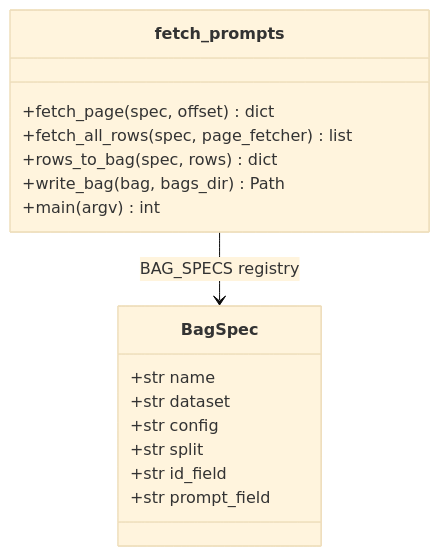
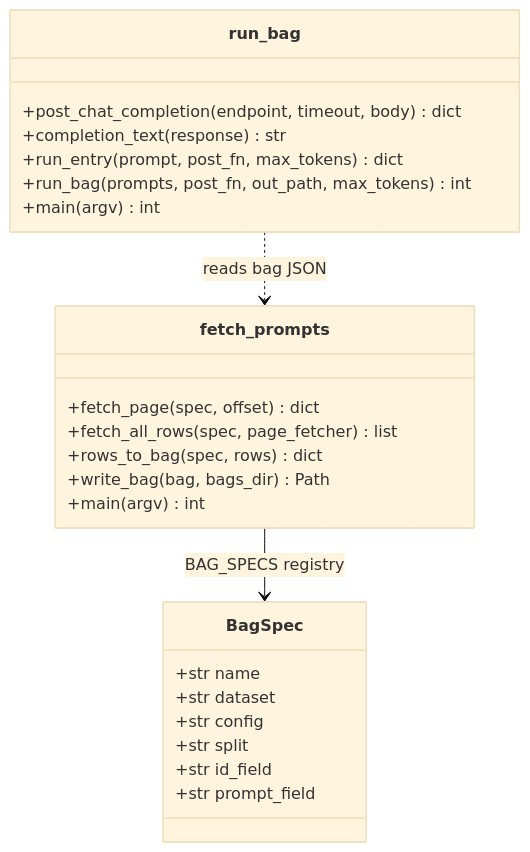
The second of 2 diagrams in prompt_eval/README.md (smartyalgo/logit-sampler), drawn with Mermaid (base theme) before and after one commit. The commit also changed other lines of this file and 4 other files, not shown here.

First line of the commit message:
Add run_bag.py: feed a prompt bag to chat/completions, store JSONL

````diff
--- a/prompt_eval/README.md
+++ b/prompt_eval/README.md
@@ -77,19 +109,27 @@
 ```mermaid
 classDiagram
     class BagSpec {
         +str name
         +str dataset
         +str config
         +str split
         +str id_field
         +str prompt_field
     }
     class fetch_prompts {
         +fetch_page(spec, offset) dict
         +fetch_all_rows(spec, page_fetcher) list
         +rows_to_bag(spec, rows) dict
         +write_bag(bag, bags_dir) Path
         +main(argv) int
     }
+    class run_bag {
+        +post_chat_completion(endpoint, timeout, body) dict
+        +completion_text(response) str
+        +run_entry(prompt, post_fn, max_tokens) dict
+        +run_bag(prompts, post_fn, out_path, max_tokens) int
+        +main(argv) int
+    }
     fetch_prompts --> BagSpec : BAG_SPECS registry
+    run_bag ..> fetch_prompts : reads bag JSON
 ```
````
